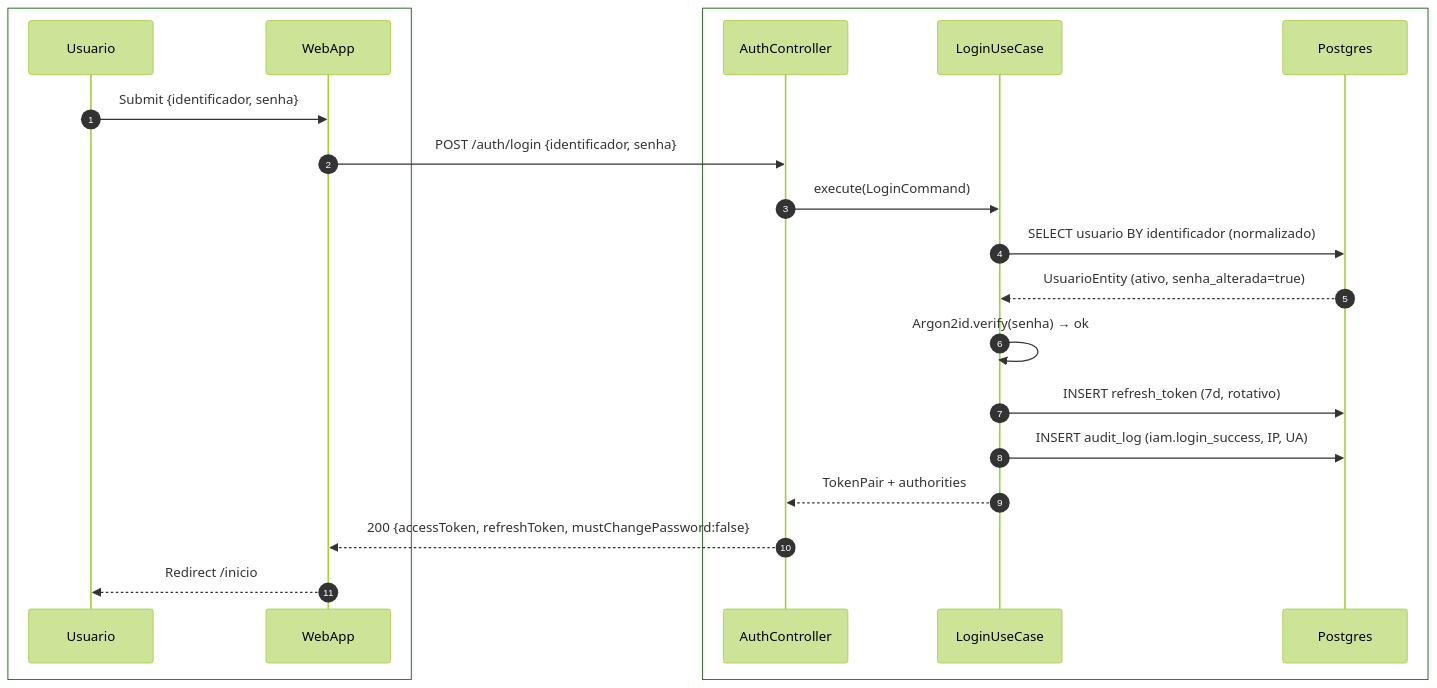
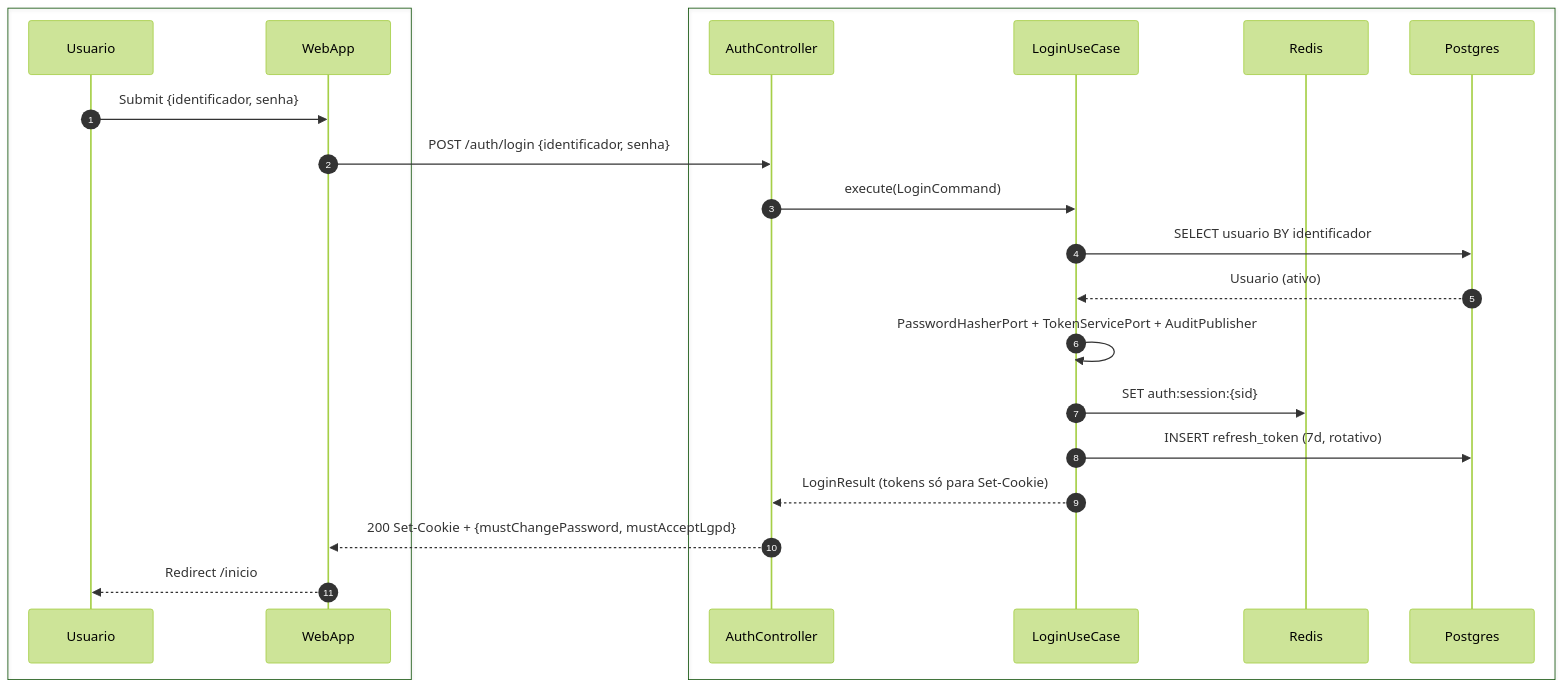
The first of 8 diagrams in foundationDocs/sequenceDiagrams/F0 — Público/US-F0-001-LOGIN.md (teamTCC/secretariaOnline2), drawn with Mermaid (forest theme) before and after one commit. The commit also changed other lines of this file and 104 other files, not shown here.

````diff
--- a/foundationDocs/sequenceDiagrams/F0 — Público/US-F0-001-LOGIN.md
+++ b/foundationDocs/sequenceDiagrams/F0 — Público/US-F0-001-LOGIN.md
@@ -53,25 +56,26 @@
 ```mermaid
 sequenceDiagram
     autonumber
     box #e8f4fc Cliente
         participant Usuario
         participant WebApp
     end
     box #fff8ee Servidor
         participant AC as AuthController
         participant UC as LoginUseCase
+        participant Redis
         participant DB as Postgres
     end
 
     Usuario->>WebApp: Submit {identificador, senha}
     WebApp->>AC: POST /auth/login {identificador, senha}
     AC->>UC: execute(LoginCommand)
-    UC->>DB: SELECT usuario BY identificador (normalizado)
-    DB-->>UC: UsuarioEntity (ativo, senha_alterada=true)
-    UC->>UC: Argon2id.verify(senha) → ok
+    UC->>DB: SELECT usuario BY identificador
+    DB-->>UC: Usuario (ativo)
+    UC->>UC: PasswordHasherPort + TokenServicePort + AuditPublisher
+    UC->>Redis: SET auth:session:{sid}
     UC->>DB: INSERT refresh_token (7d, rotativo)
-    UC->>DB: INSERT audit_log (iam.login_success, IP, UA)
-    UC-->>AC: TokenPair + authorities
-    AC-->>WebApp: 200 {accessToken, refreshToken, mustChangePassword:false}
+    UC-->>AC: LoginResult (tokens só para Set-Cookie)
+    AC-->>WebApp: 200 Set-Cookie + {mustChangePassword, mustAcceptLgpd}
     WebApp-->>Usuario: Redirect /inicio
 ```
````
